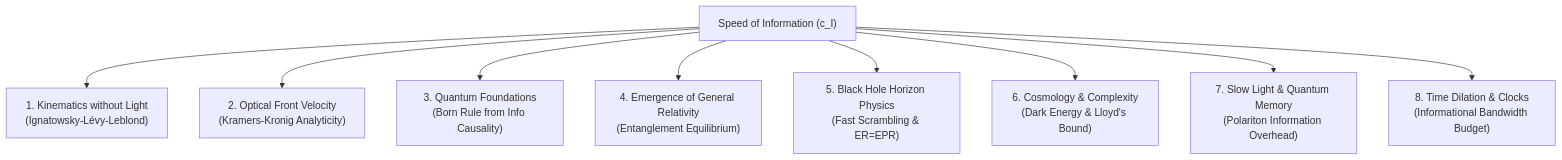
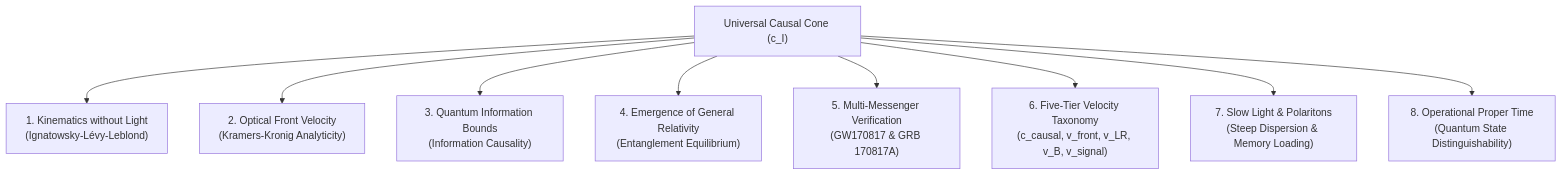
Before and after one commit to stefanhhertel-boop/SpeedOfInformation: the diagram in paper/Executive_Summary_Speed_of_Information.md, drawn with Mermaid. The commit also changed other lines of this file and 13 other files, not shown here.

````diff
--- a/paper/Executive_Summary_Speed_of_Information.md
+++ b/paper/Executive_Summary_Speed_of_Information.md
@@ -34,11 +38,11 @@
 ```mermaid
 graph TD
-    A["Speed of Information (c_I)"] --> B["1. Kinematics without Light<br>(Ignatowsky-Lévy-Leblond)"]
+    A["Universal Causal Cone (c_I)"] --> B["1. Kinematics without Light<br>(Ignatowsky-Lévy-Leblond)"]
     A --> C["2. Optical Front Velocity<br>(Kramers-Kronig Analyticity)"]
-    A --> D["3. Quantum Foundations<br>(Born Rule from Info Causality)"]
+    A --> D["3. Quantum Information Bounds<br>(Information Causality)"]
     A --> E["4. Emergence of General Relativity<br>(Entanglement Equilibrium)"]
-    A --> F["5. Black Hole Horizon Physics<br>(Fast Scrambling & ER=EPR)"]
-    A --> G["6. Cosmology & Complexity<br>(Dark Energy & Lloyd's Bound)"]
-    A --> H["7. Slow Light & Quantum Memory<br>(Polariton Information Overhead)"]
-    A --> I["8. Time Dilation & Clocks<br>(Informational Bandwidth Budget)"]
+    A --> F["5. Multi-Messenger Verification<br>(GW170817 & GRB 170817A)"]
+    A --> G["6. Five-Tier Velocity Taxonomy<br>(c_causal, v_front, v_LR, v_B, v_signal)"]
+    A --> H["7. Slow Light & Polaritons<br>(Steep Dispersion & Memory Loading)"]
+    A --> I["8. Operational Proper Time<br>(Quantum State Distinguishability)"]
 ```
````
